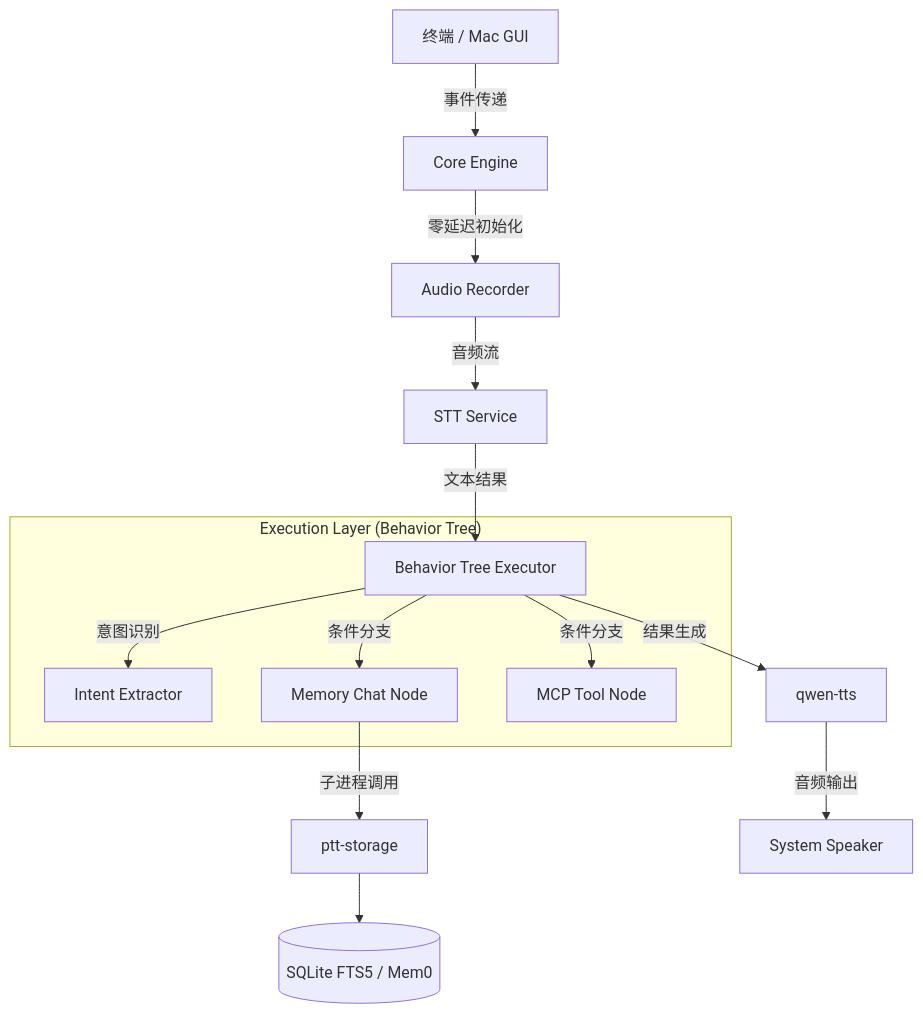
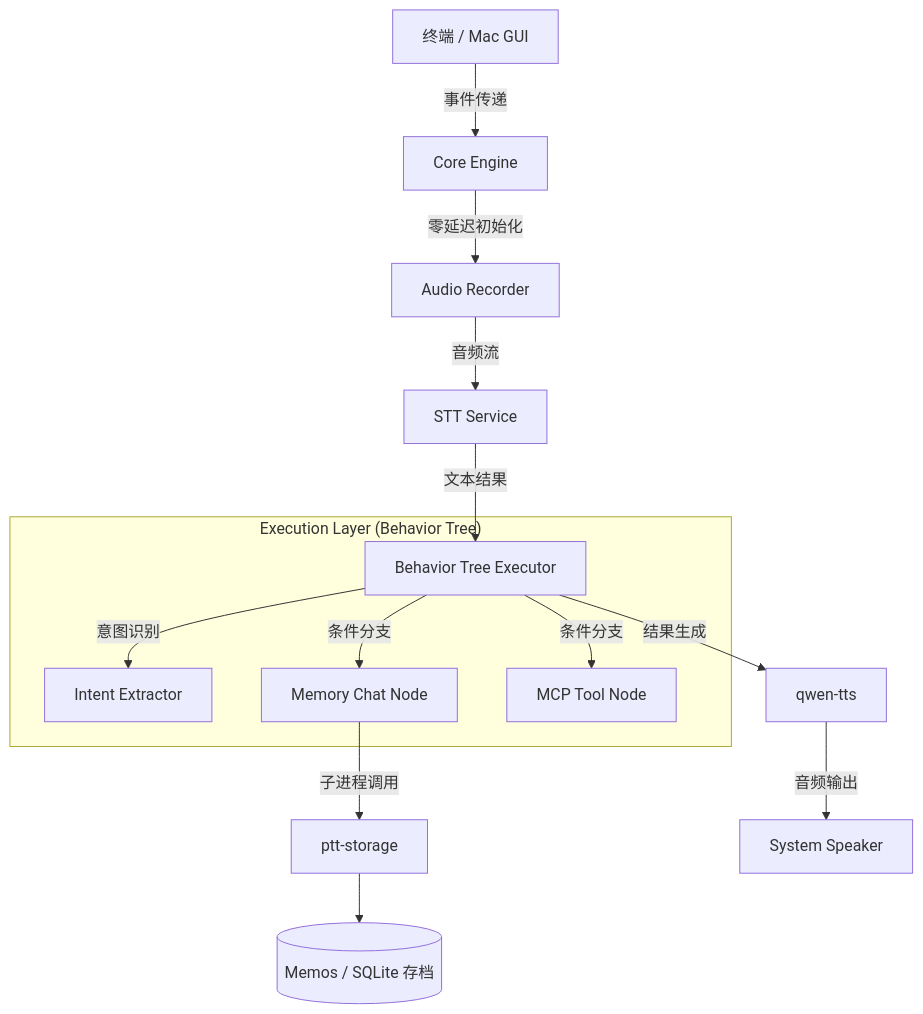
The diagram in README.md (jasoft/voice-assistant), drawn with Mermaid before and after one commit. The commit also changed other lines of this file and 6 other files, not shown here.

First line of the commit message:
docs: 记忆链路文档全面从 Mem0 更正为 Memos

````diff
--- a/README.md
+++ b/README.md
@@ -61,19 +61,19 @@
 ```mermaid
 graph TD
     UI[终端 / Mac GUI] -->|事件传递| Core[Core Engine]
     Core -->|零延迟初始化| Recorder[Audio Recorder]
     Recorder -->|音频流| STT[STT Service]
     STT -->|文本结果| BT[Behavior Tree Executor]
     
     subgraph "Execution Layer (Behavior Tree)"
         BT -->|意图识别| Intent[Intent Extractor]
         BT -->|条件分支| Chat[Memory Chat Node]
         BT -->|条件分支| Tool[MCP Tool Node]
     end
     
     Chat -->|子进程调用| Storage[ptt-storage]
-    Storage --> DB[(SQLite FTS5 / Mem0)]
+    Storage --> DB[(Memos / SQLite 存档)]
     
     BT -->|结果生成| TTS[qwen-tts]
     TTS -->|音频输出| Speaker[System Speaker]
 ```
````
